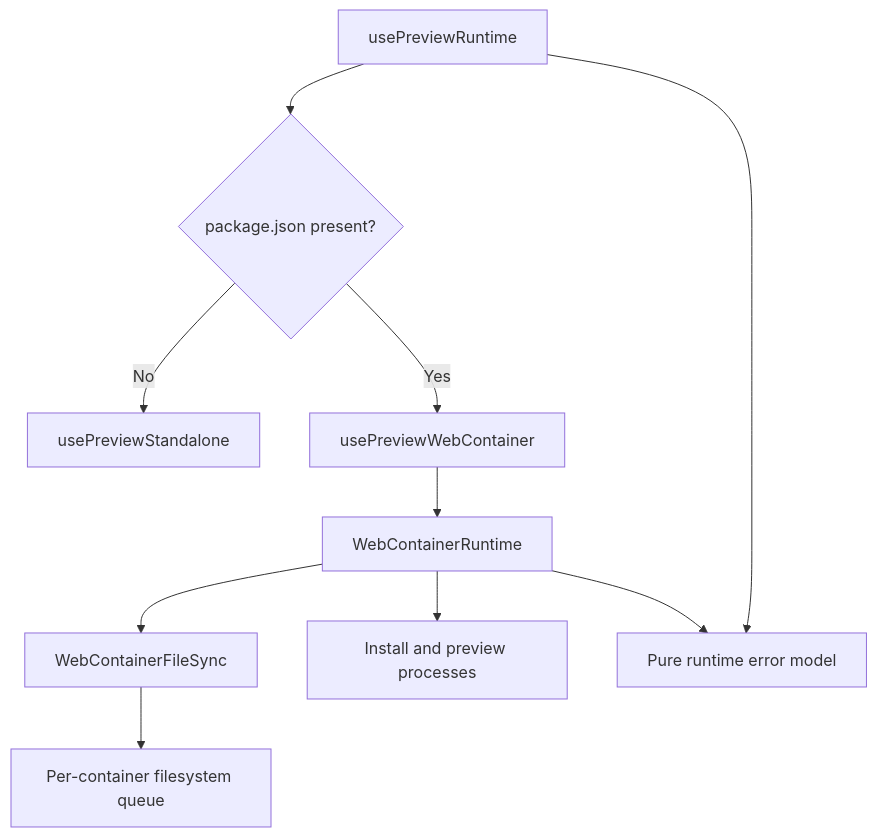
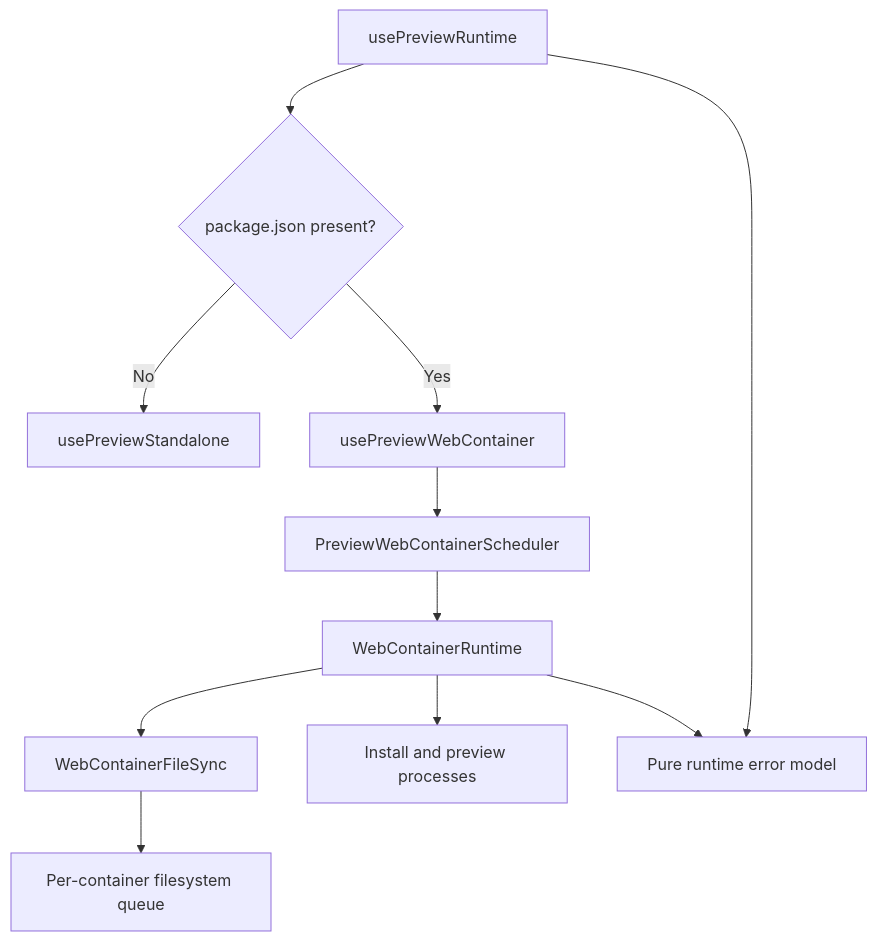
Before and after one commit to BBboy01/Tsugite: the sixth of 7 diagrams in docs/architecture.md, drawn with Mermaid. The commit also changed other lines of this file and 37 other files, not shown here.

````diff
--- a/docs/architecture.md
+++ b/docs/architecture.md
@@ -333,12 +344,13 @@
 ```mermaid
 flowchart TB
   Hook["usePreviewRuntime"] --> Mode{"package.json present?"}
   Mode -->|No| Standalone["usePreviewStandalone"]
   Mode -->|Yes| WebContainerHook["usePreviewWebContainer"]
-  WebContainerHook --> Runtime["WebContainerRuntime"]
+  WebContainerHook --> Scheduler["PreviewWebContainerScheduler"]
+  Scheduler --> Runtime["WebContainerRuntime"]
   Runtime --> Files["WebContainerFileSync"]
   Files --> Queue["Per-container filesystem queue"]
   Runtime --> Processes["Install and preview processes"]
   Hook --> Errors["Pure runtime error model"]
   Runtime --> Errors
 ```
````
